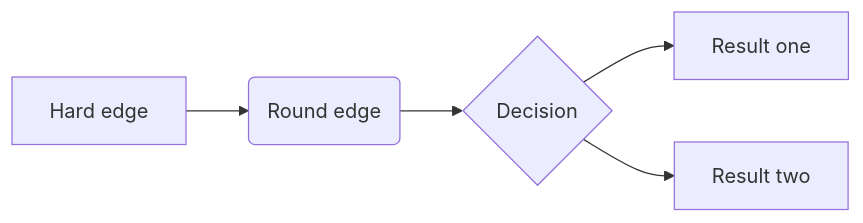
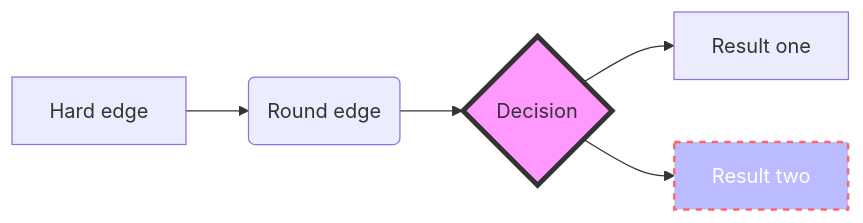
The first of 3 diagrams in inst/quarto/templates/word/skeleton/skeleton.qmd (saskiaotto/UHHformats), drawn with Mermaid before and after one commit. The commit also changed other lines of this file and 113 other files, not shown here.

````diff
--- a/inst/quarto/templates/word/skeleton/skeleton.qmd
+++ b/inst/quarto/templates/word/skeleton/skeleton.qmd
@@ -220,10 +275,12 @@
 ```{mermaid}
 %%| label: fig-mermaid-diagram
-%%| fig-cap: Simple diagram based on the JS-tool Mermaid.
-
+%%| fig-cap: Simple flowchart based on the JS-tool Mermaid.
+%%| fig-width: 6
 flowchart LR
   A[Hard edge] --> B(Round edge)
   B --> C{Decision}
   C --> D[Result one]
   C --> E[Result two]
+  style C fill:#f9f,stroke:#333,stroke-width:4px
+  style E fill:#bbf,stroke:#f66,stroke-width:2px,color:#fff,stroke-dasharray: 5 5
 ```
````
